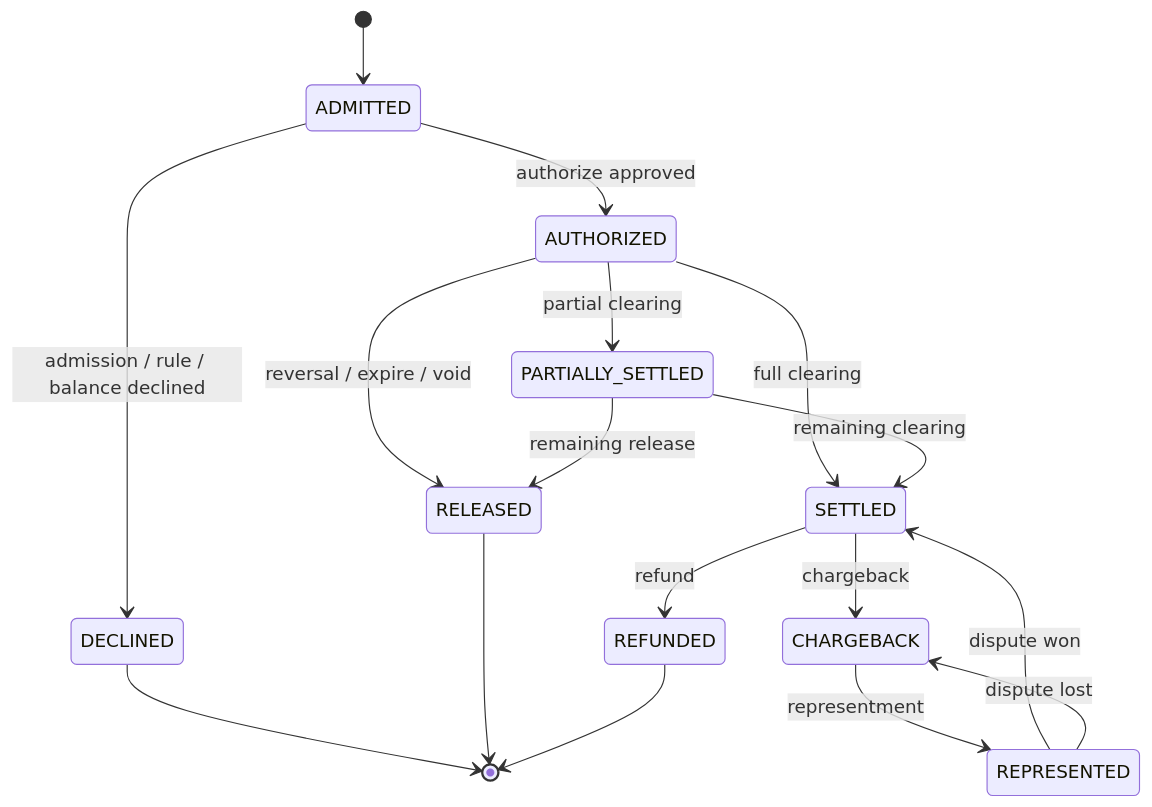
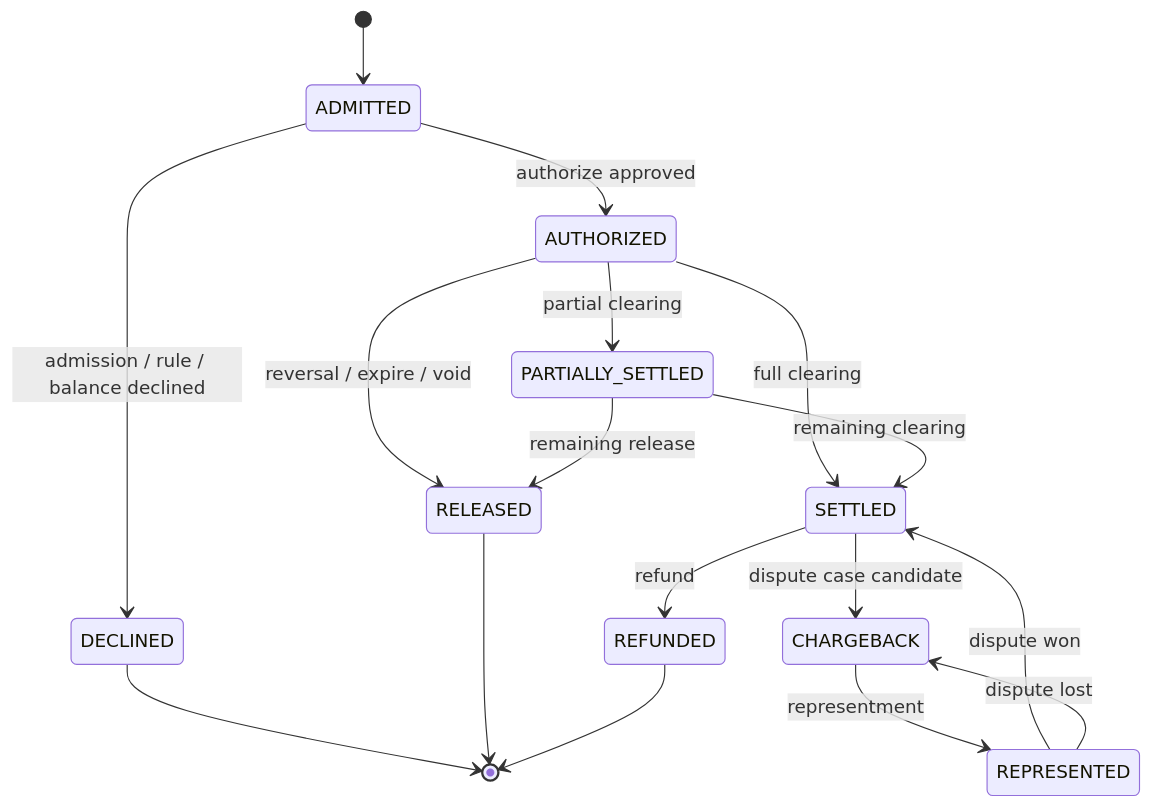
The tenth of 17 diagrams in docs/系分设计/02-交易路由钱包账目与投影系分设计.md (fengwuxp/wind-funds), drawn with Mermaid before and after one commit. The commit also changed other lines of this file and 6 other files, not shown here.

````diff
--- a/docs/系分设计/02-交易路由钱包账目与投影系分设计.md
+++ b/docs/系分设计/02-交易路由钱包账目与投影系分设计.md
@@ -658,19 +660,19 @@
 ```mermaid
 stateDiagram-v2
     [*] --> ADMITTED
     ADMITTED --> AUTHORIZED: authorize approved
     ADMITTED --> DECLINED: admission / rule / balance declined
     AUTHORIZED --> PARTIALLY_SETTLED: partial clearing
     AUTHORIZED --> SETTLED: full clearing
     AUTHORIZED --> RELEASED: reversal / expire / void
     PARTIALLY_SETTLED --> SETTLED: remaining clearing
     PARTIALLY_SETTLED --> RELEASED: remaining release
     SETTLED --> REFUNDED: refund
-    SETTLED --> CHARGEBACK: chargeback
+    SETTLED --> CHARGEBACK: dispute case candidate
     CHARGEBACK --> REPRESENTED: representment
     REPRESENTED --> SETTLED: dispute won
     REPRESENTED --> CHARGEBACK: dispute lost
     DECLINED --> [*]
     RELEASED --> [*]
     REFUNDED --> [*]
 ```
````
